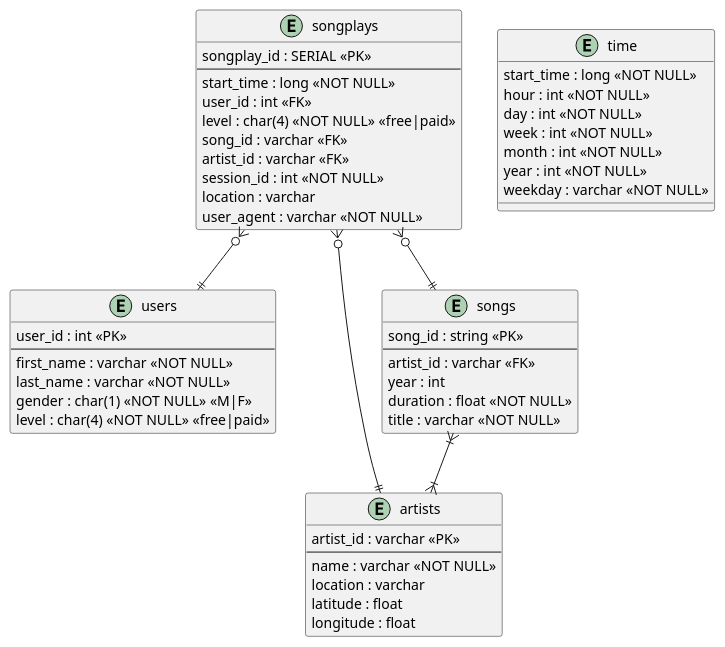
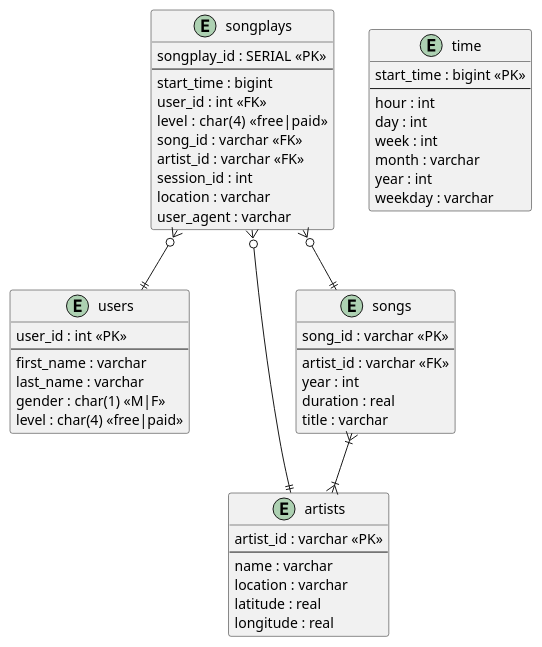
The diagram in diagrams/erd.puml (OmarAlghamdi/Sparkify-relational), drawn with PlantUML before and after one commit. The commit also changed 2 other files, not shown here.

Commit message:
updates schema diagram

```diff
--- a/diagrams/erd.puml
+++ b/diagrams/erd.puml
@@ -1,58 +1,59 @@
 @startuml
 
 entity songplays{
     songplay_id : SERIAL <<PK>>
     --
-    start_time : long <<NOT NULL>>
+    start_time : bigint
     user_id : int <<FK>>
-    level : char(4) <<NOT NULL>> <<free|paid>>
+    level : char(4)  <<free|paid>>
     song_id : varchar <<FK>>
     artist_id : varchar <<FK>>
-    session_id : int <<NOT NULL>>
+    session_id : int 
     location : varchar
-    user_agent : varchar <<NOT NULL>>
+    user_agent : varchar 
 }
 
 entity users{
     user_id : int <<PK>>
     --
-    first_name : varchar <<NOT NULL>>
-    last_name : varchar <<NOT NULL>>
-    gender : char(1) <<NOT NULL>> <<M|F>>
-    level : char(4) <<NOT NULL>> <<free|paid>>
+    first_name : varchar 
+    last_name : varchar 
+    gender : char(1) <<M|F>>
+    level : char(4) <<free|paid>>
 }
 
 entity artists{
     artist_id : varchar <<PK>>
     --
-    name : varchar <<NOT NULL>>
+    name : varchar 
     location : varchar
-    latitude : float
-    longitude : float
+    latitude : real
+    longitude : real
 }
 
 entity time{
-    start_time : long <<NOT NULL>>
-    hour : int <<NOT NULL>>
-    day : int <<NOT NULL>>
-    week : int <<NOT NULL>>
-    month : int <<NOT NULL>>
-    year : int <<NOT NULL>>
-    weekday : varchar <<NOT NULL>>
+    start_time : bigint <<PK>>
+    --
+    hour : int 
+    day : int 
+    week : int 
+    month : varchar 
+    year : int 
+    weekday : varchar 
 }
 
 entity songs{
-    song_id : string <<PK>>
+    song_id : varchar <<PK>>
     --
     artist_id : varchar <<FK>>
     year : int
-    duration : float <<NOT NULL>>
-    title : varchar <<NOT NULL>>
+    duration : real 
+    title : varchar 
 }
 
 songplays }o--|| users
 songplays }o--|| songs 
 songplays }o--|| artists
 songs }|--|{ artists
 
 @enduml
```
